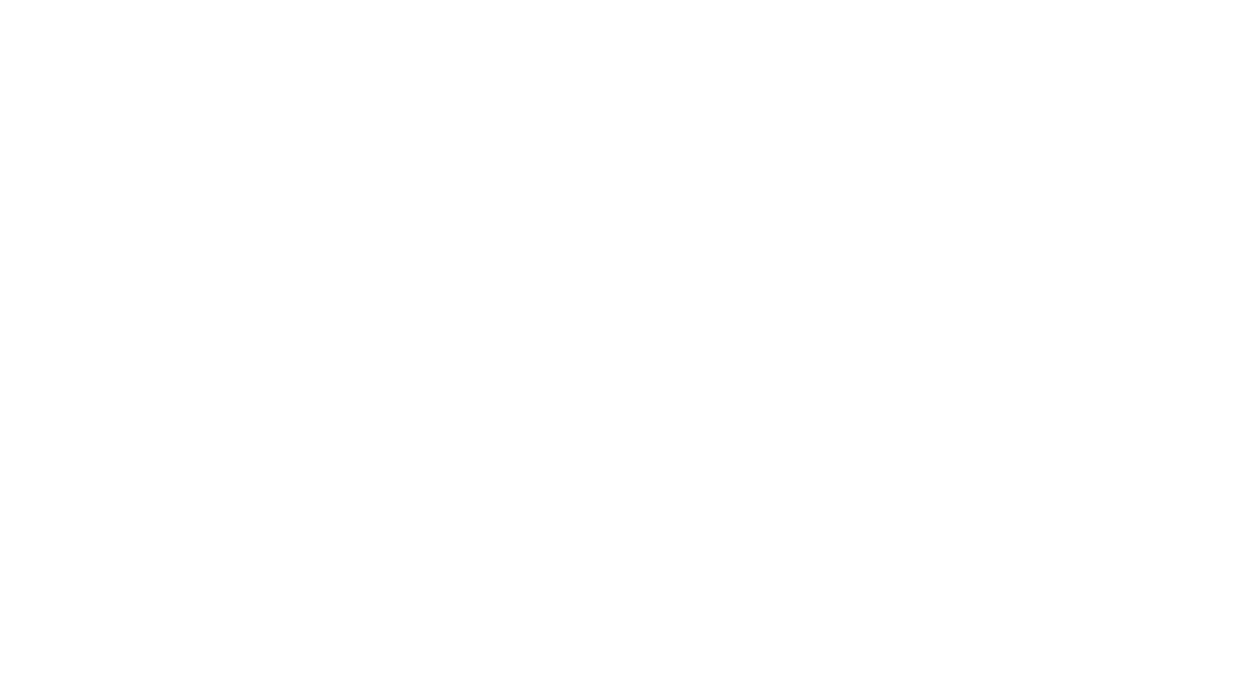
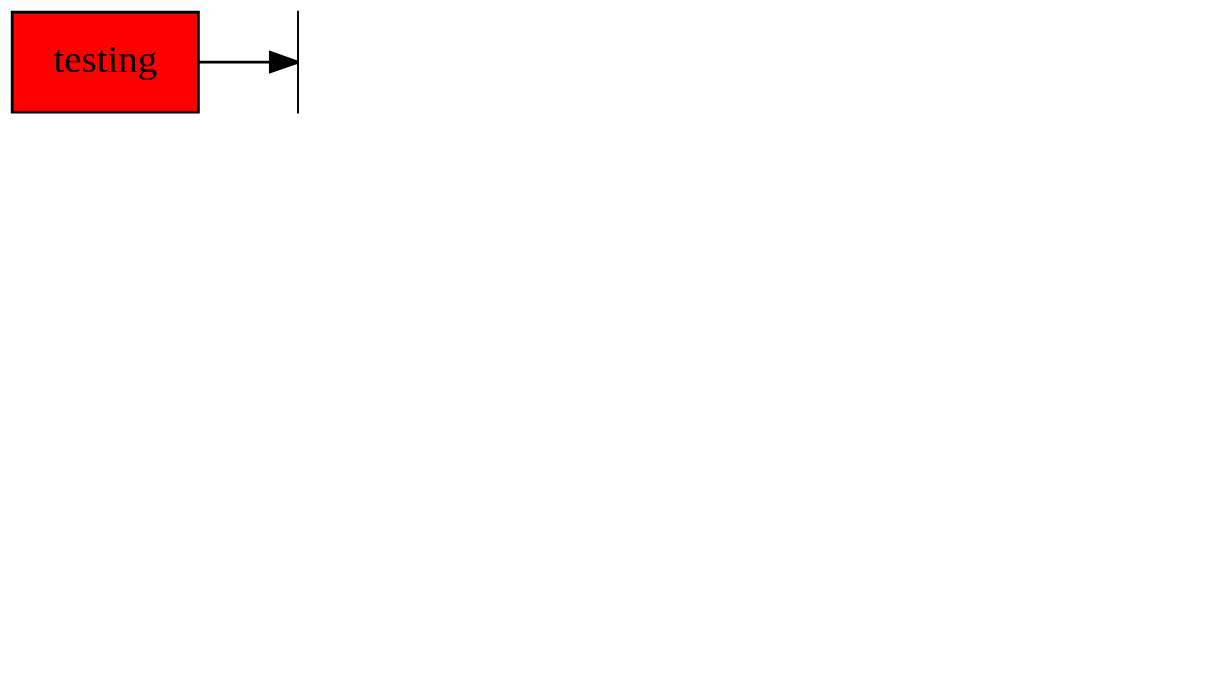
One commit to basictask/Adatbanyaszat changed the diagram in 1_git/doc/graphs/git_14.dot. Above: the diagram before and after it, drawn with Graphviz. The commit also changed 21 other files, not shown here.

Commit message:
added graphs and images for 1/doc and added slides

```diff
--- a/1_git/doc/graphs/git_14.dot
+++ b/1_git/doc/graphs/git_14.dot
@@ -1,28 +1,27 @@
 digraph git {
     graph [dpi=300]
-    rankdir="LR"
+    rankdir="TD"
 
     commit1 [label="98ca9", shape="rect", style="filled", fillcolor="salmon1"]
     commit2 [label="34ac2", shape="rect", style="filled", fillcolor="salmon1"]
     commit3 [label="f30ab", shape="rect", style="filled", fillcolor="salmon1"]
     commit4 [label="87ab2", shape="rect", style="filled", fillcolor="salmon1"]
     commit5 [label="c2b9e", shape="rect", style="filled", fillcolor="salmon1"]
     testing [label="testing", shape="rect", style="filled", fillcolor="red"]
     master [label="master", shape="rect", style="filled", fillcolor="red"]
     head [label="HEAD", shape="rect", style="filled", fillcolor="gold"]
 
-    {rank="same"; head}
-    {rank="same"; master}
-    {rank="same"; commit1; commit2; commit3; commit4} 
-    {rank="same"; testing}
+    {rank="same"; head; master; commit5; commit4; testing;}
+    {rank="same"; commit1} 
+    {rank="same"; commit2}
+    {rank="same"; commit3}  
 
-    commit2 -> commit1 [minlen=2]
-    commit3 -> commit2 [minlen=2]
-    commit4 -> commit3 [minlen=2]
-    commit5 -> commit3 [minlen=2]
+    commit2 -> commit1 [minlen=1]
+    commit3 -> commit2 [minlen=1]
+    commit4 -> commit3 [minlen=1]
+    commit5 -> commit3 [minlen=1]
 
-    testing -> commit4
-    master -> commit5
-    
-    head -> master
+    testing -> commit4 [minlen=2]
+    master -> commit5 [minlen=2, constraint=false]
+    head -> master [minlen=2, constraint=false]
 }
```
